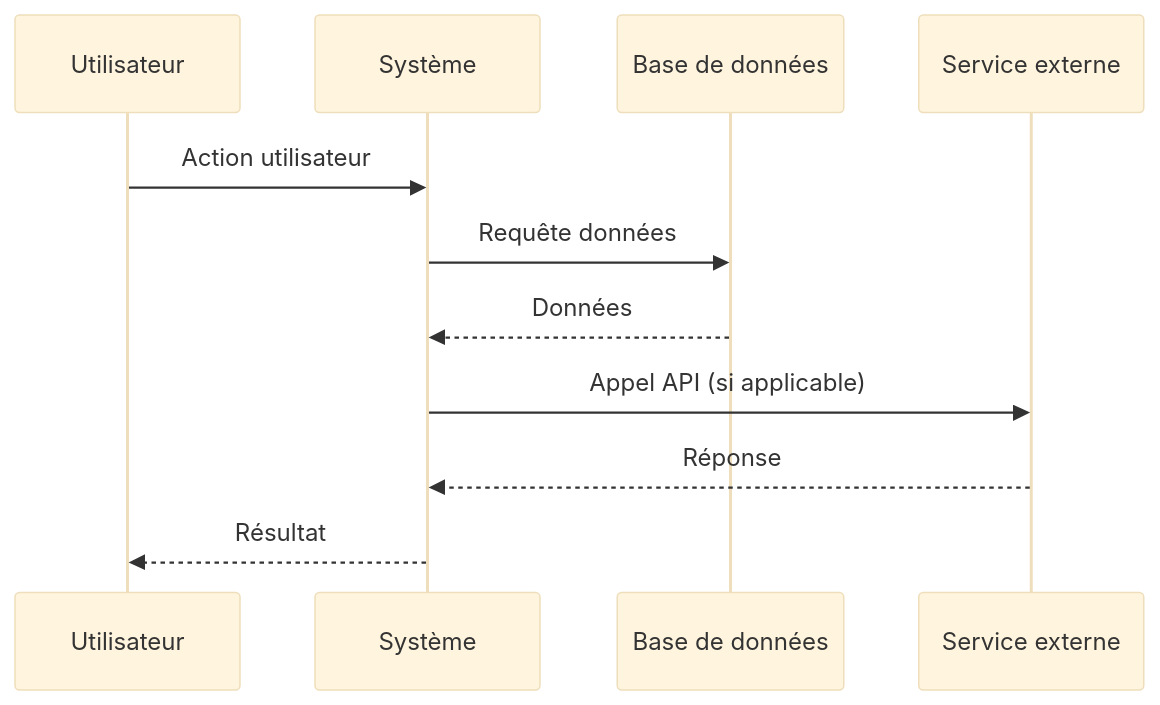
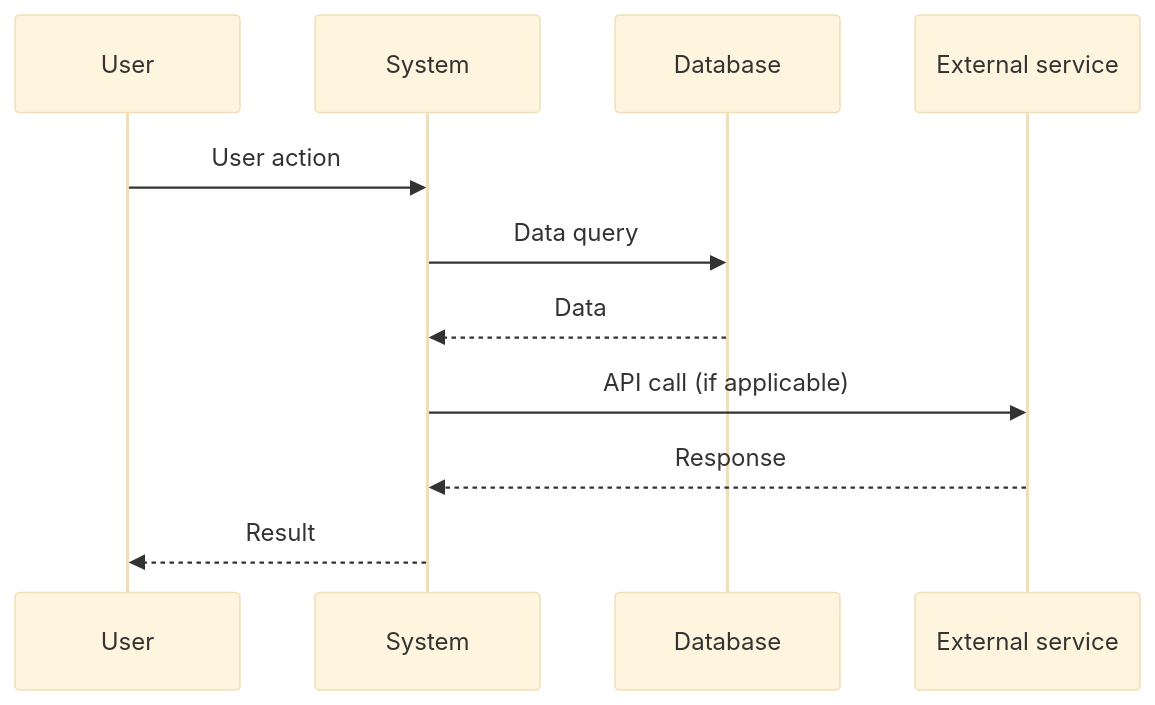
Before and after one commit to AtlasHub-ch/atlashub-claudecode-cli: the first of 2 diagrams in templates/commands/business-analyse/5-document.md, drawn with Mermaid (base theme). The commit also changed other lines of this file and 58 other files, not shown here.

````diff
--- a/templates/commands/business-analyse/5-document.md
+++ b/templates/commands/business-analyse/5-document.md
@@ -149,14 +149,14 @@
 ```mermaid
 sequenceDiagram
-    participant U as Utilisateur
-    participant S as Système
-    participant DB as Base de données
-    participant E as Service externe
+    participant U as User
+    participant S as System
+    participant DB as Database
+    participant E as External service
 
-    U->>S: Action utilisateur
-    S->>DB: Requête données
-    DB-->>S: Données
-    S->>E: Appel API (si applicable)
-    E-->>S: Réponse
-    S-->>U: Résultat
+    U->>S: User action
+    S->>DB: Data query
+    DB-->>S: Data
+    S->>E: API call (if applicable)
+    E-->>S: Response
+    S-->>U: Result
 ```
````
